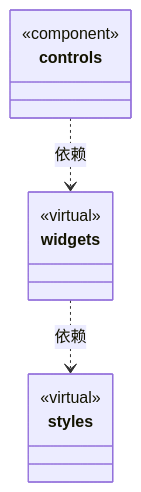
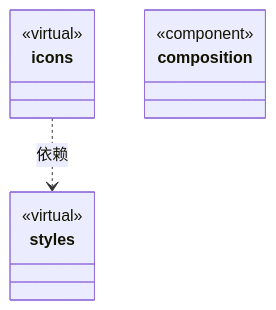
The second of 2 diagrams in src/framework-ui/ARCHITECTURE.md (nan023062/cbim), drawn with Mermaid before and after one commit. The commit also changed other lines of this file and 102 other files, not shown here.

````diff
--- a/src/framework-ui/ARCHITECTURE.md
+++ b/src/framework-ui/ARCHITECTURE.md
@@ -69,17 +73,16 @@
 ```mermaid
 classDiagram
-class N_bbfa01896bb3["widgets"] {
-  <<virtual>>
-}
-click N_bbfa01896bb3 href "widgets/ARCHITECTURE.md"
-class N_b168e4b82143["controls"] {
-  <<component>>
-}
-click N_b168e4b82143 href "controls.tsx"
 class N_a59843e9a435["styles"] {
   <<virtual>>
 }
 click N_a59843e9a435 href "styles/ARCHITECTURE.md"
-N_b168e4b82143 ..> N_bbfa01896bb3 : 依赖
-N_bbfa01896bb3 ..> N_a59843e9a435 : 依赖
+class N_3db91ab854e7["icons"] {
+  <<virtual>>
+}
+click N_3db91ab854e7 href "icons/ARCHITECTURE.md"
+class N_dfa48aac2ad8["composition"] {
+  <<component>>
+}
+click N_dfa48aac2ad8 href "composition.tsx"
+N_3db91ab854e7 ..> N_a59843e9a435 : 依赖
 ```
````
